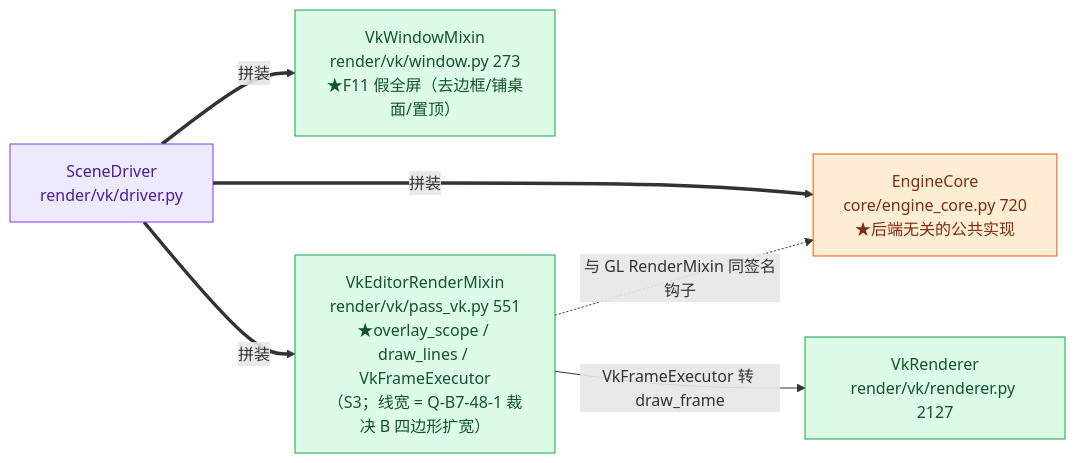
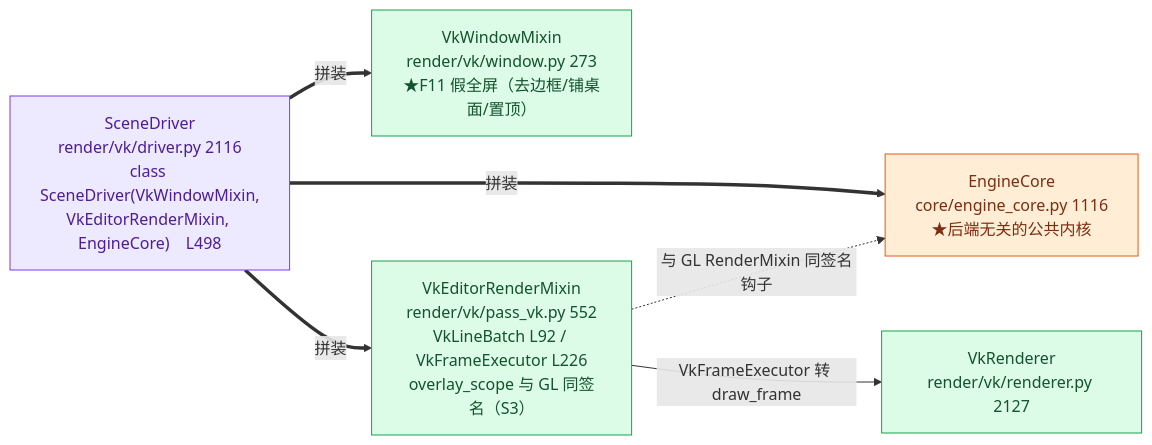
Before and after one commit to lhy302/WeaveEngine: the fourth of 23 diagrams in ARCHITECTURE.md, drawn with Mermaid. The commit also changed other lines of this file, not shown here.

First line of the commit message:
docs: 架构图 v4 —— 按 HEAD d156cee 真实状态统一重画 23 张 Mermaid 图

````diff
--- a/ARCHITECTURE.md
+++ b/ARCHITECTURE.md
@@ -188,12 +218,16 @@
 ```mermaid
 flowchart LR
-  S["SceneDriver<br/>render/vk/driver.py"]:::facade
-  S ==>|拼装| K["EngineCore<br/>core/engine_core.py 720<br/>★后端无关的公共实现"]:::contract
-  S ==>|拼装| W["VkWindowMixin<br/>render/vk/window.py 273<br/>★F11 假全屏（去边框/铺桌面/置顶）"]:::impl
-  S ==>|拼装| V["VkEditorRenderMixin<br/>render/vk/pass_vk.py 551<br/>★overlay_scope / draw_lines / VkFrameExecutor<br/>（S3；线宽 = Q-B7-48-1 裁决 B 四边形扩宽）"]:::impl
-  V -->|VkFrameExecutor 转 draw_frame| R["VkRenderer<br/>render/vk/renderer.py 2127"]:::impl
+  S["SceneDriver<br/>render/vk/driver.py 2116<br/>class SceneDriver(VkWindowMixin,<br/>VkEditorRenderMixin, EngineCore)　L498"]:::facade
+  K["EngineCore<br/>core/engine_core.py 1116<br/>★后端无关的公共内核"]:::contract
+  W["VkWindowMixin<br/>render/vk/window.py 273<br/>★F11 假全屏（去边框/铺桌面/置顶）"]:::impl
+  V["VkEditorRenderMixin<br/>render/vk/pass_vk.py 552<br/>VkLineBatch L92 / VkFrameExecutor L226<br/>overlay_scope 与 GL 同签名（S3）"]:::impl
+  R["VkRenderer<br/>render/vk/renderer.py 2127"]:::impl
+  S ==>|拼装| K
+  S ==>|拼装| W
+  S ==>|拼装| V
+  V -->|VkFrameExecutor 转 draw_frame| R
   V -.->|与 GL RenderMixin 同签名钩子| K
   classDef facade fill:#ede9fe,stroke:#7c3aed,color:#4c1d95
   classDef impl fill:#dcfce7,stroke:#16a34a,color:#14532d
   classDef contract fill:#ffedd5,stroke:#ea580c,color:#7c2d12
 ```
````
